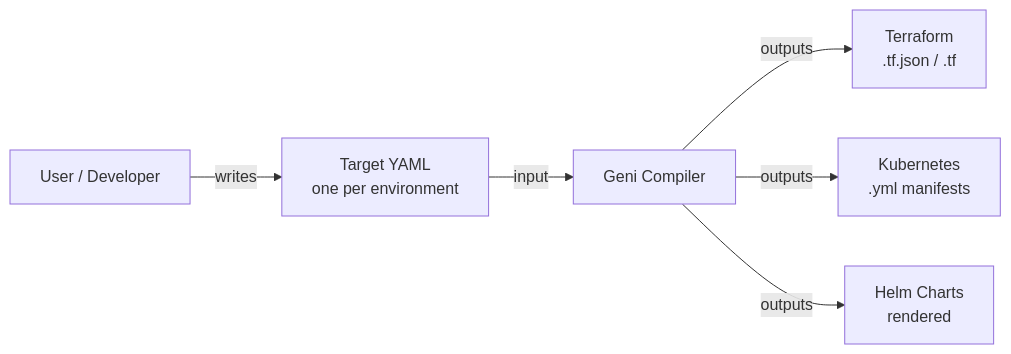
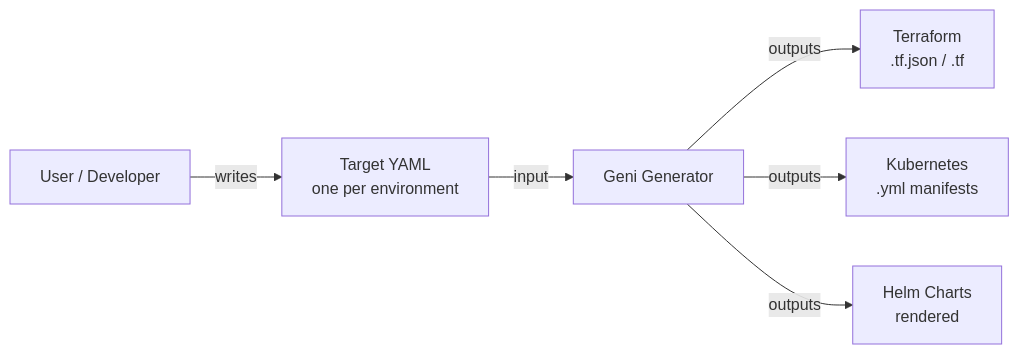
The first of 16 diagrams in ARCHITECTURE.md (AgathEmmanuel/geni), drawn with Mermaid before and after one commit. The commit also changed other lines of this file and 46 other files, not shown here.

````diff
--- a/ARCHITECTURE.md
+++ b/ARCHITECTURE.md
@@ -11,15 +11,15 @@
 ```mermaid
 flowchart LR
     User["User / Developer"]
     YAML["Target YAML<br/>one per environment"]
-    Compiler["Geni Compiler"]
+    Generator["Geni Generator"]
     TF["Terraform<br/>.tf.json / .tf"]
     K8s["Kubernetes<br/>.yml manifests"]
     Helm["Helm Charts<br/>rendered"]
 
     User -->|writes| YAML
-    YAML -->|input| Compiler
-    Compiler -->|outputs| TF
-    Compiler -->|outputs| K8s
-    Compiler -->|outputs| Helm
+    YAML -->|input| Generator
+    Generator -->|outputs| TF
+    Generator -->|outputs| K8s
+    Generator -->|outputs| Helm
 ```
````
